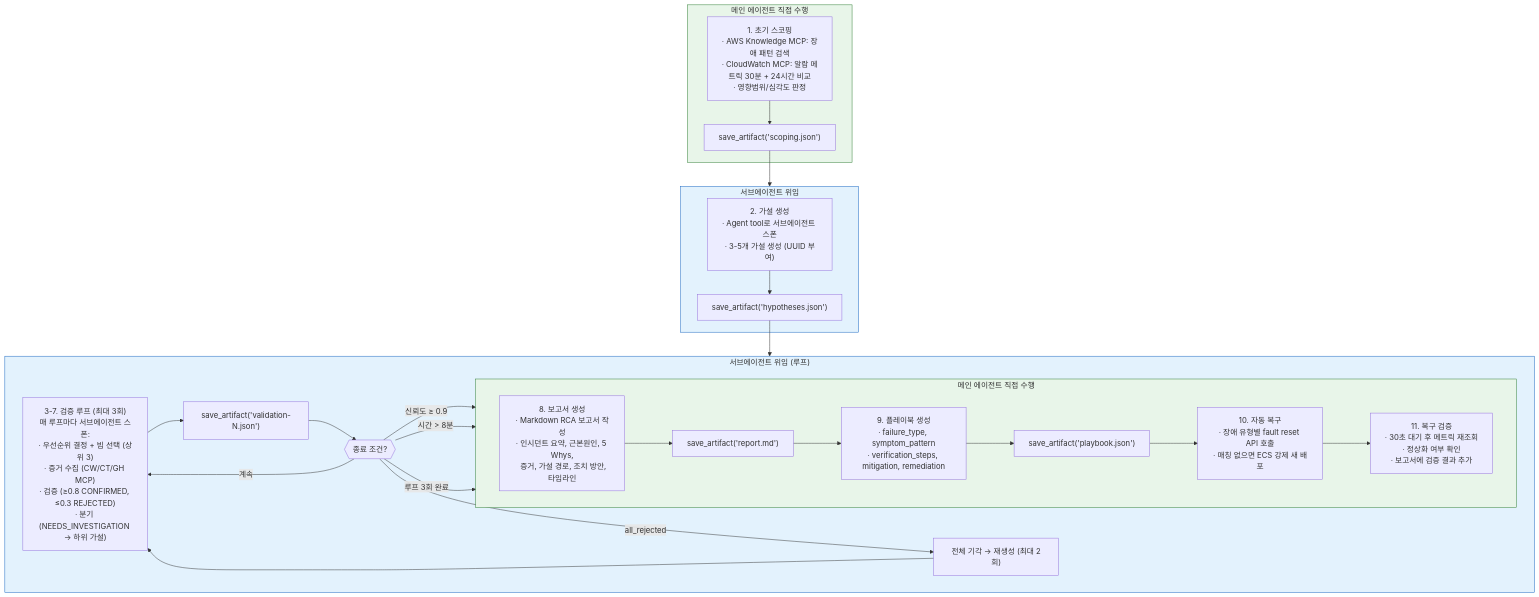
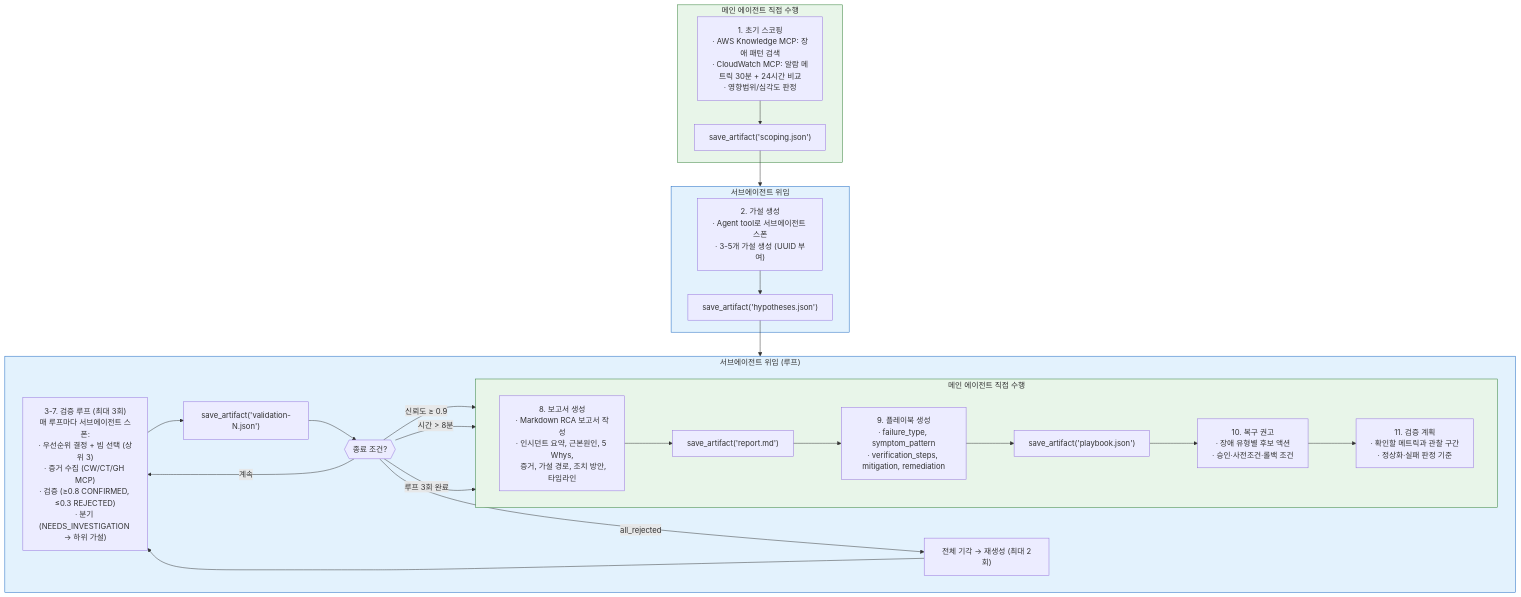
One commit to haandol/rca-agent changed the sixth of 7 diagrams in docs/architecture-and-demo-flow.md. Above: the diagram before and after it, drawn with Mermaid. The commit also changed other lines of this file and 98 other files, not shown here.

````diff
--- a/docs/architecture-and-demo-flow.md
+++ b/docs/architecture-and-demo-flow.md
@@ -383,46 +383,46 @@
 ```mermaid
 flowchart TD
     subgraph Direct1["메인 에이전트 직접 수행"]
         S1["1. 초기 스코핑<br/>· AWS Knowledge MCP: 장애 패턴 검색<br/>· CloudWatch MCP: 알람 메트릭 30분 + 24시간 비교<br/>· 영향범위/심각도 판정"]
         S1_OUT["save_artifact('scoping.json')"]
         S1 --> S1_OUT
     end
 
     subgraph SubAgent1["서브에이전트 위임"]
         S2["2. 가설 생성<br/>· Agent tool로 서브에이전트 스폰<br/>· 3-5개 가설 생성 (UUID 부여)"]
         S2_OUT["save_artifact('hypotheses.json')"]
         S2 --> S2_OUT
     end
 
     subgraph SubAgent2["서브에이전트 위임 (루프)"]
         S37["3-7. 검증 루프 (최대 3회)<br/>매 루프마다 서브에이전트 스폰:<br/>· 우선순위 결정 + 빔 선택 (상위 3)<br/>· 증거 수집 (CW/CT/GH MCP)<br/>· 검증 (≥0.8 CONFIRMED, ≤0.3 REJECTED)<br/>· 분기 (NEEDS_INVESTIGATION → 하위 가설)"]
         S37_OUT["save_artifact('validation-N.json')"]
         S37_TERM{{"종료 조건?"}}
         S37_REGEN["전체 기각 → 재생성 (최대 2회)"]
         S37 --> S37_OUT --> S37_TERM
         S37_TERM -->|신뢰도 ≥ 0.9| Direct2
         S37_TERM -->|시간 > 8분| Direct2
         S37_TERM -->|루프 3회 완료| Direct2
         S37_TERM -->|all_rejected| S37_REGEN
         S37_REGEN --> S37
         S37_TERM -->|계속| S37
     end
 
     subgraph Direct2["메인 에이전트 직접 수행"]
         S8["8. 보고서 생성<br/>· Markdown RCA 보고서 작성<br/>· 인시던트 요약, 근본원인, 5 Whys,<br/>  증거, 가설 경로, 조치 방안, 타임라인"]
         S8_OUT["save_artifact('report.md')"]
         S9["9. 플레이북 생성<br/>· failure_type, symptom_pattern<br/>· verification_steps, mitigation, remediation"]
         S9_OUT["save_artifact('playbook.json')"]
-        S10["10. 자동 복구<br/>· 장애 유형별 fault reset API 호출<br/>· 매칭 없으면 ECS 강제 새 배포"]
-        S11["11. 복구 검증<br/>· 30초 대기 후 메트릭 재조회<br/>· 정상화 여부 확인<br/>· 보고서에 검증 결과 추가"]
+        S10["10. 복구 권고<br/>· 장애 유형별 후보 액션<br/>· 승인·사전조건·롤백 조건"]
+        S11["11. 검증 계획<br/>· 확인할 메트릭과 관찰 구간<br/>· 정상화·실패 판정 기준"]
         S8 --> S8_OUT --> S9 --> S9_OUT --> S10 --> S11
     end
 
     S1_OUT --> SubAgent1
     S2_OUT --> SubAgent2
 
     style Direct1 fill:#e8f5e9,stroke:#2e7d32
     style SubAgent1 fill:#e3f2fd,stroke:#1565c0
     style SubAgent2 fill:#e3f2fd,stroke:#1565c0
     style Direct2 fill:#e8f5e9,stroke:#2e7d32
 ```
````
